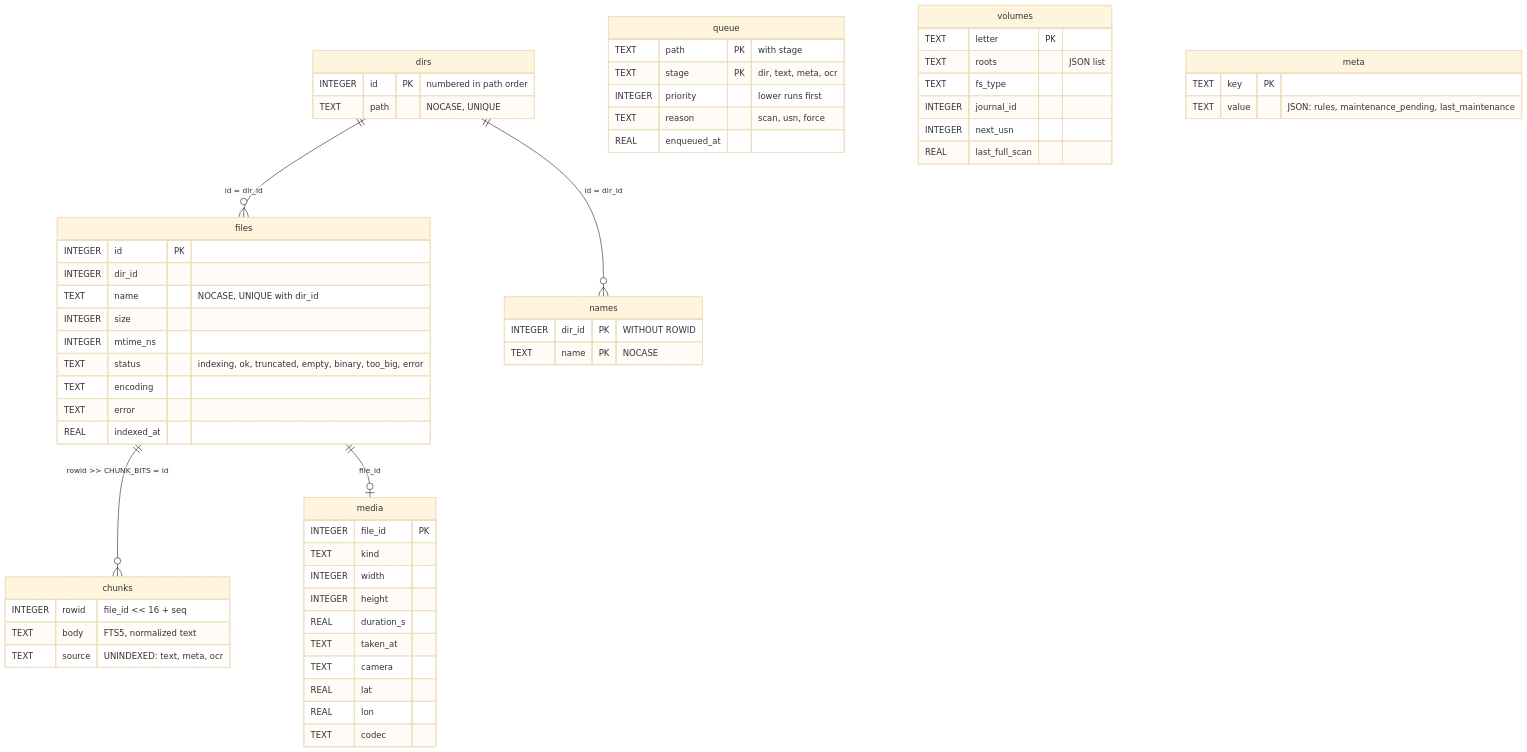
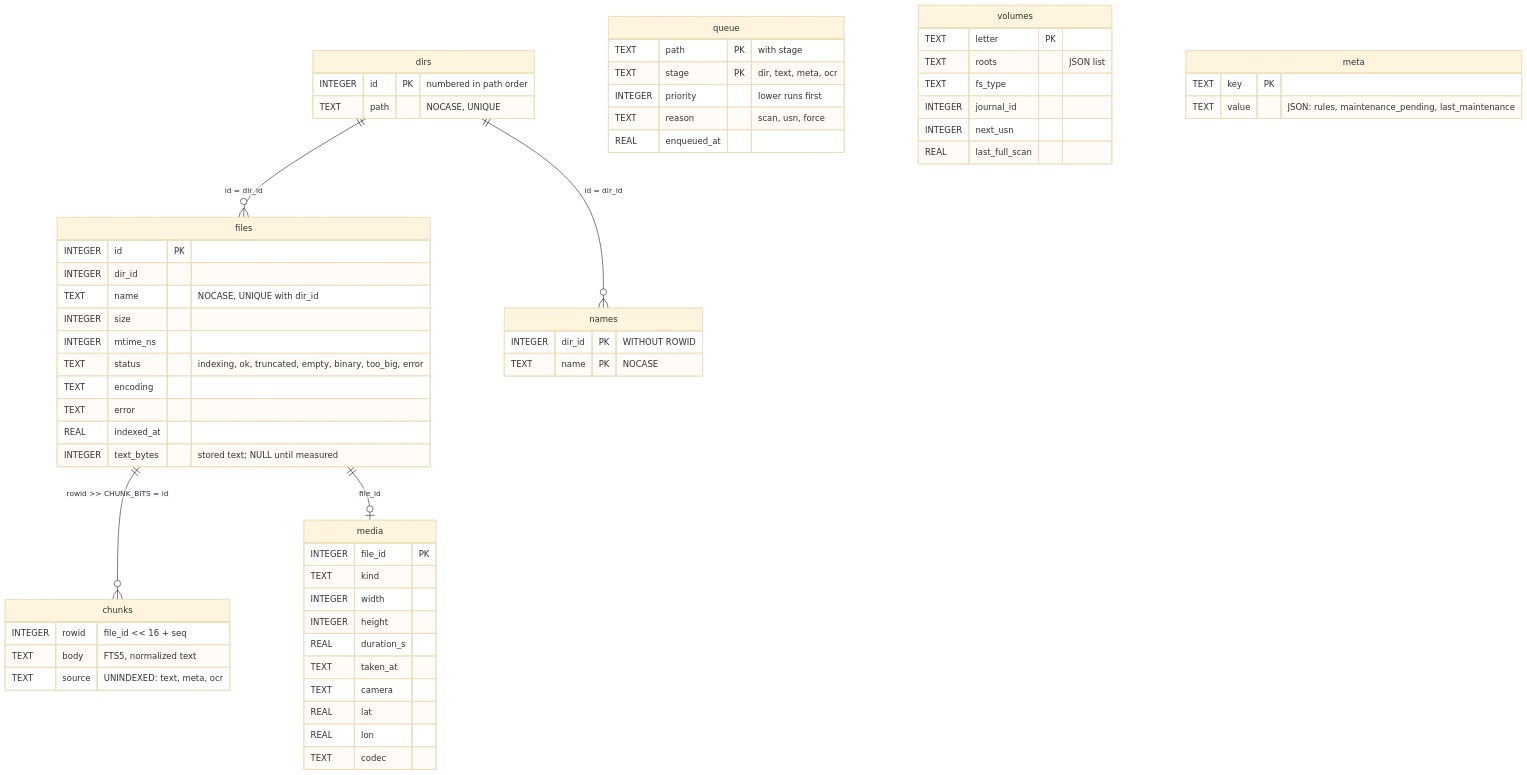
One commit to igrowing/sindex changed the fourth of 16 diagrams in architecture.md. Above: the diagram before and after it, drawn with Mermaid (base theme). The commit also changed other lines of this file and 10 other files, not shown here.

````diff
--- a/architecture.md
+++ b/architecture.md
@@ -392,62 +394,63 @@
 ```mermaid
 erDiagram
     dirs ||--o{ files : "id = dir_id"
     dirs ||--o{ names : "id = dir_id"
     files ||--o{ chunks : "rowid >> CHUNK_BITS = id"
     files ||--o| media : "file_id"
     dirs {
         INTEGER id PK "numbered in path order"
         TEXT path "NOCASE, UNIQUE"
     }
     names {
         INTEGER dir_id PK "WITHOUT ROWID"
         TEXT name PK "NOCASE"
     }
     files {
         INTEGER id PK
         INTEGER dir_id
         TEXT name "NOCASE, UNIQUE with dir_id"
         INTEGER size
         INTEGER mtime_ns
         TEXT status "indexing, ok, truncated, empty, binary, too_big, error"
         TEXT encoding
         TEXT error
         REAL indexed_at
+        INTEGER text_bytes "stored text; NULL until measured"
     }
     chunks {
         INTEGER rowid "file_id << 16 + seq"
         TEXT body "FTS5, normalized text"
         TEXT source "UNINDEXED: text, meta, ocr"
     }
     media {
         INTEGER file_id PK
         TEXT kind
         INTEGER width
         INTEGER height
         REAL duration_s
         TEXT taken_at
         TEXT camera
         REAL lat
         REAL lon
         TEXT codec
     }
     queue {
         TEXT path PK "with stage"
         TEXT stage PK "dir, text, meta, ocr"
         INTEGER priority "lower runs first"
         TEXT reason "scan, usn, force"
         REAL enqueued_at
     }
     volumes {
         TEXT letter PK
         TEXT roots "JSON list"
         TEXT fs_type
         INTEGER journal_id
         INTEGER next_usn
         REAL last_full_scan
     }
     meta {
         TEXT key PK
         TEXT value "JSON: rules, maintenance_pending, last_maintenance"
     }
 ```
````
